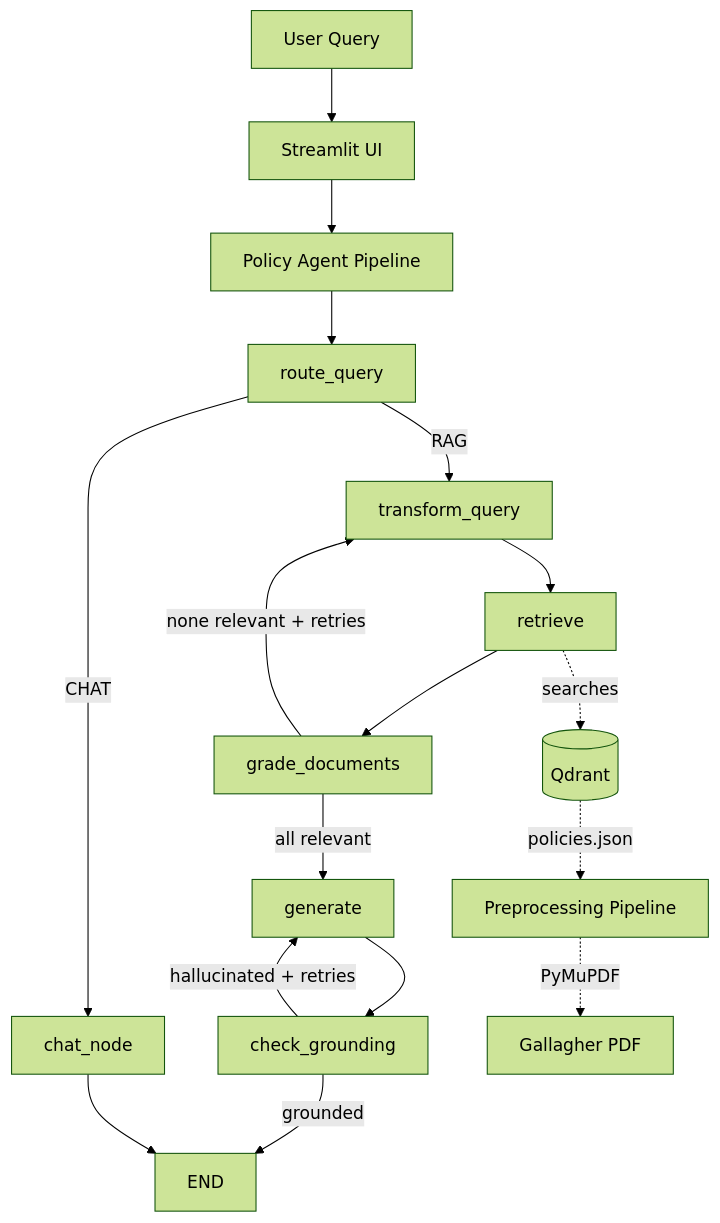
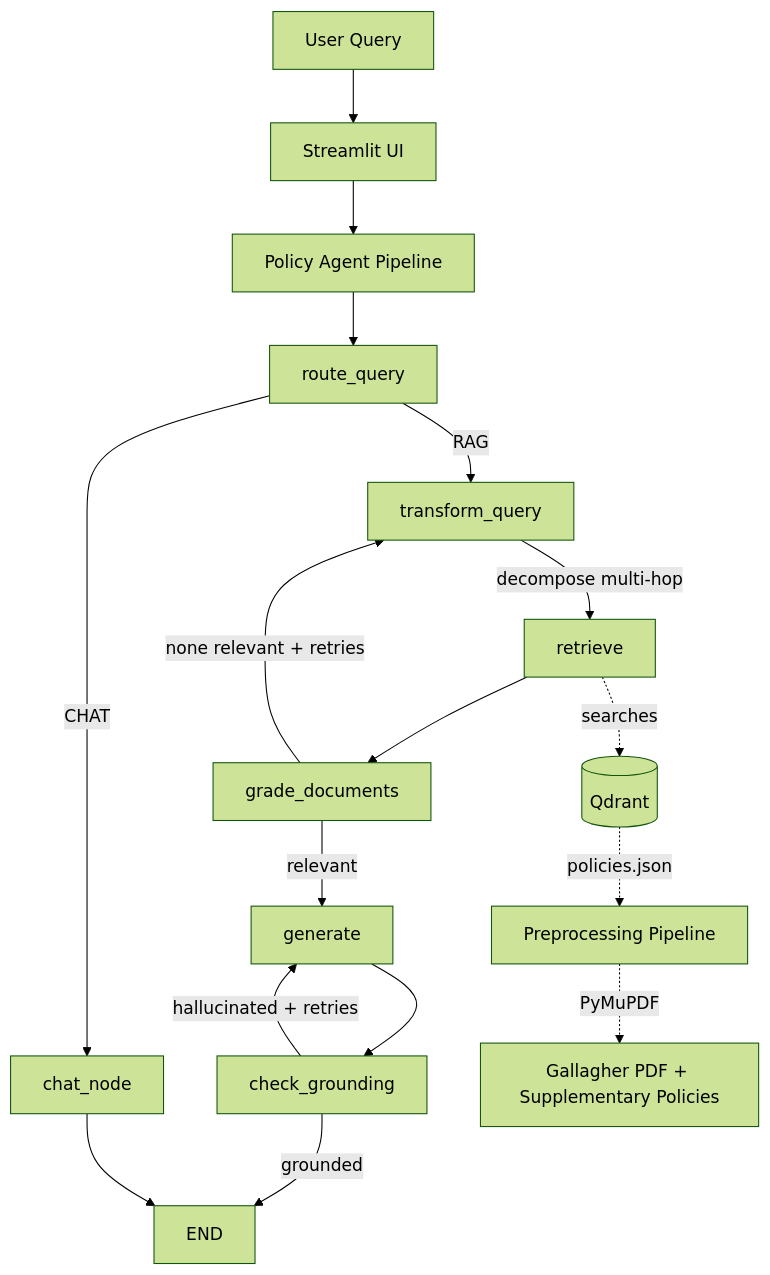
The diagram in README.md (rohithebbar-ai/hr-agent), drawn with Mermaid (forest theme) before and after one commit. The commit also changed other lines of this file and 12 other files, not shown here.

````diff
--- a/README.md
+++ b/README.md
@@ -25,27 +27,27 @@
 ```mermaid
 graph TD
     A[User Query] --> B[Streamlit UI]
     B --> C[Policy Agent Pipeline]
 
     C --> D[route_query]
     D -->|CHAT| E[chat_node]
     D -->|RAG| F[transform_query]
 
-    F --> G[retrieve]
+    F -->|decompose multi-hop| G[retrieve]
     G --> H[grade_documents]
 
-    H -->|all relevant| I[generate]
+    H -->|relevant| I[generate]
     H -->|none relevant + retries| F
 
     I --> J[check_grounding]
     J -->|grounded| K[END]
     J -->|hallucinated + retries| I
 
     E --> K
 
     G -.->|searches| L[(Qdrant)]
     L -.->|policies.json| M[Preprocessing Pipeline]
-    M -.->|PyMuPDF| N[Gallagher PDF]
+    M -.->|PyMuPDF| N[Gallagher PDF + Supplementary Policies]
 
   
 ```
````
